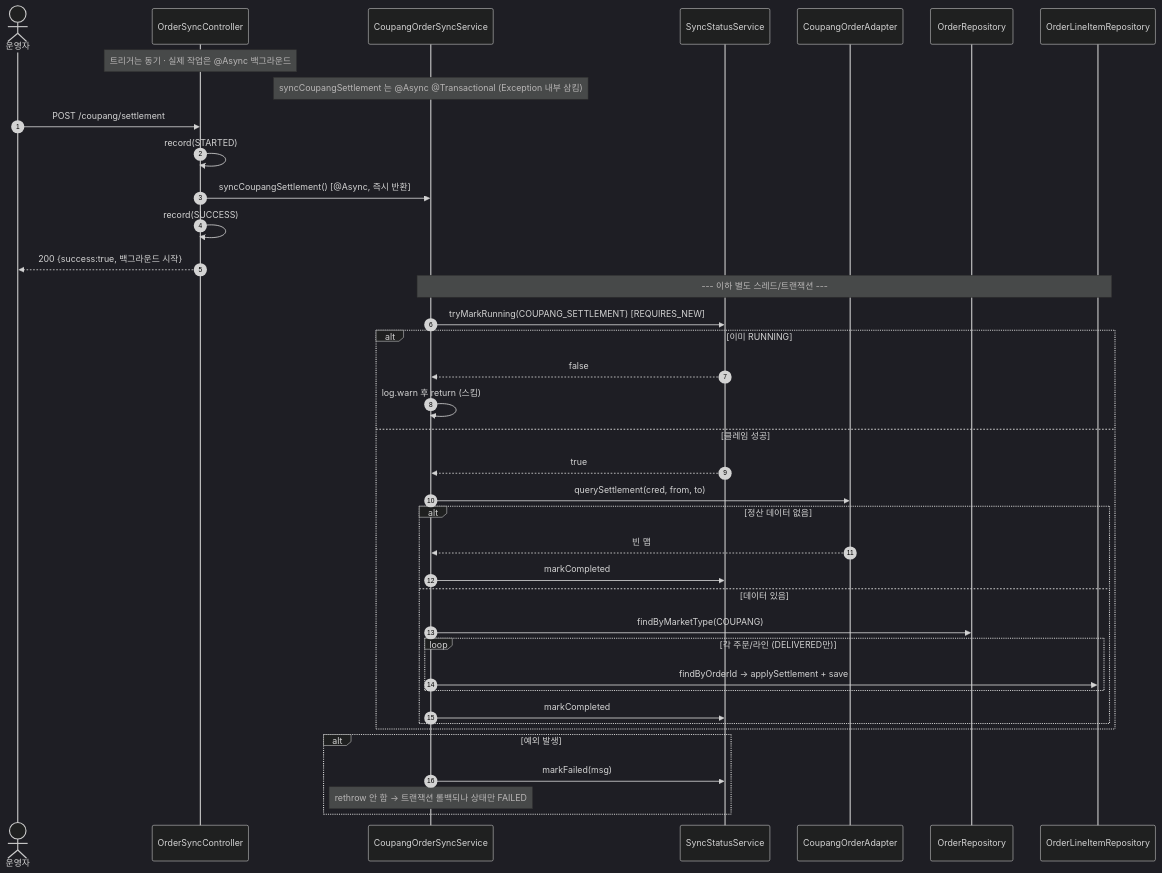
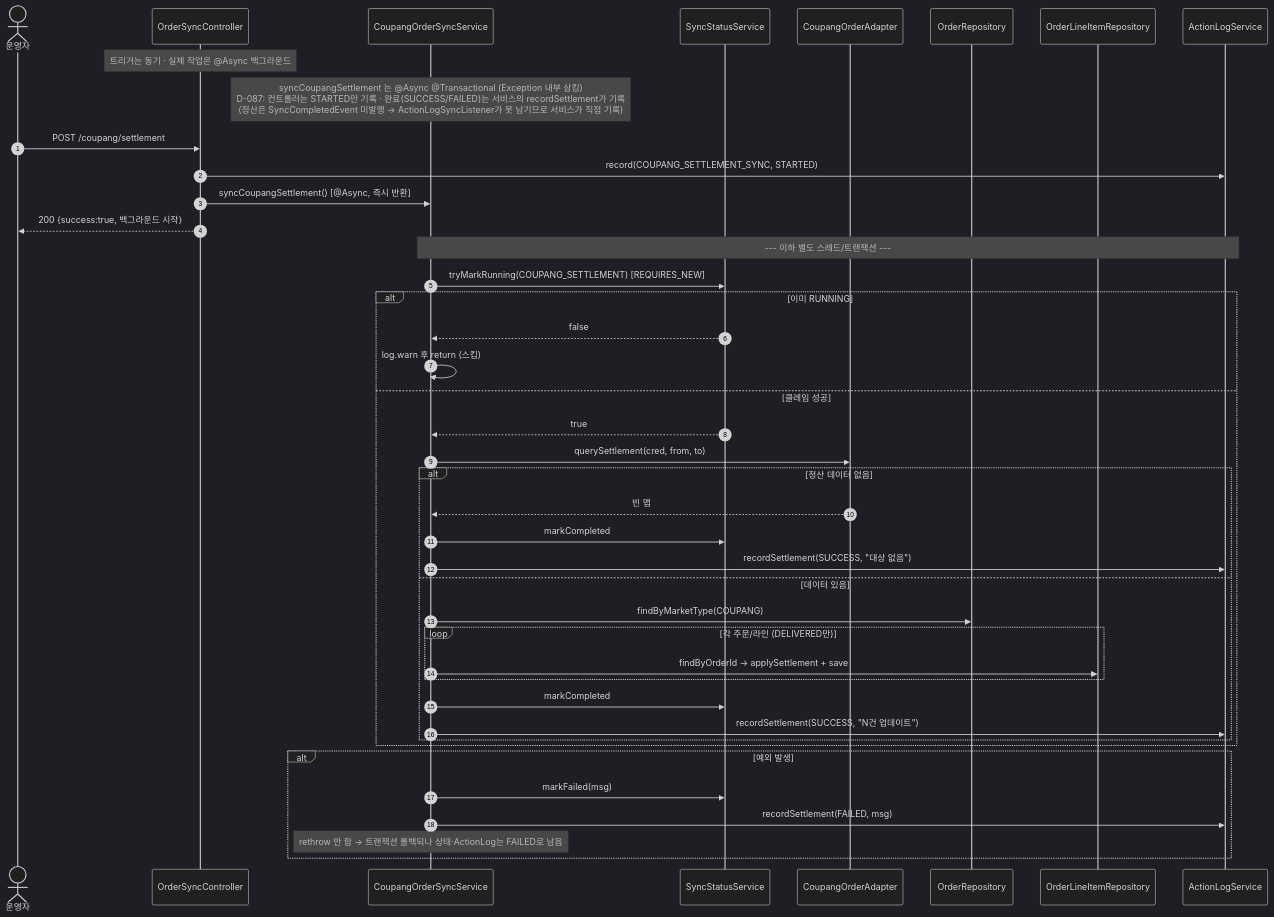
The second of 3 diagrams in docs/api-analysis-2nd/order-sync/coupang-settlement.md (goottjason/sbshop-agent), drawn with Mermaid (dark theme) before and after one commit. The commit also changed other lines of this file and 5 other files, not shown here.

````diff
--- a/docs/api-analysis-2nd/order-sync/coupang-settlement.md
+++ b/docs/api-analysis-2nd/order-sync/coupang-settlement.md
@@ -69,43 +71,46 @@
 ```mermaid
 sequenceDiagram
     autonumber
     actor U as 운영자
     participant C as OrderSyncController
     participant S as CoupangOrderSyncService
     participant ST as SyncStatusService
     participant A as CoupangOrderAdapter
     participant OR as OrderRepository
     participant LI as OrderLineItemRepository
+    participant L as ActionLogService
     Note over C: 트리거는 동기 · 실제 작업은 @Async 백그라운드
-    Note over S: syncCoupangSettlement 는 @Async @Transactional (Exception 내부 삼킴)
+    Note over S: syncCoupangSettlement 는 @Async @Transactional (Exception 내부 삼킴)<br/>D-087: 컨트롤러는 STARTED만 기록 · 완료(SUCCESS/FAILED)는 서비스의 recordSettlement가 기록<br/>(정산은 SyncCompletedEvent 미발행 → ActionLogSyncListener가 못 남기므로 서비스가 직접 기록)
 
     U->>C: POST /coupang/settlement
-    C->>C: record(STARTED)
+    C->>L: record(COUPANG_SETTLEMENT_SYNC, STARTED)
     C->>S: syncCoupangSettlement() [@Async, 즉시 반환]
-    C->>C: record(SUCCESS)
     C-->>U: 200 {success:true, 백그라운드 시작}
 
-    Note over S,LI: --- 이하 별도 스레드/트랜잭션 ---
+    Note over S,L: --- 이하 별도 스레드/트랜잭션 ---
     S->>ST: tryMarkRunning(COUPANG_SETTLEMENT) [REQUIRES_NEW]
     alt 이미 RUNNING
         ST-->>S: false
         S->>S: log.warn 후 return (스킵)
     else 클레임 성공
         ST-->>S: true
         S->>A: querySettlement(cred, from, to)
         alt 정산 데이터 없음
             A-->>S: 빈 맵
             S->>ST: markCompleted
+            S->>L: recordSettlement(SUCCESS, "대상 없음")
         else 데이터 있음
             S->>OR: findByMarketType(COUPANG)
             loop 각 주문/라인 (DELIVERED만)
                 S->>LI: findByOrderId → applySettlement + save
             end
             S->>ST: markCompleted
+            S->>L: recordSettlement(SUCCESS, "N건 업데이트")
         end
     end
     alt 예외 발생
         S->>ST: markFailed(msg)
-        Note over S: rethrow 안 함 → 트랜잭션 롤백되나 상태만 FAILED
+        S->>L: recordSettlement(FAILED, msg)
+        Note over S: rethrow 안 함 → 트랜잭션 롤백되나 상태·ActionLog는 FAILED로 남음
     end
 ```
````
